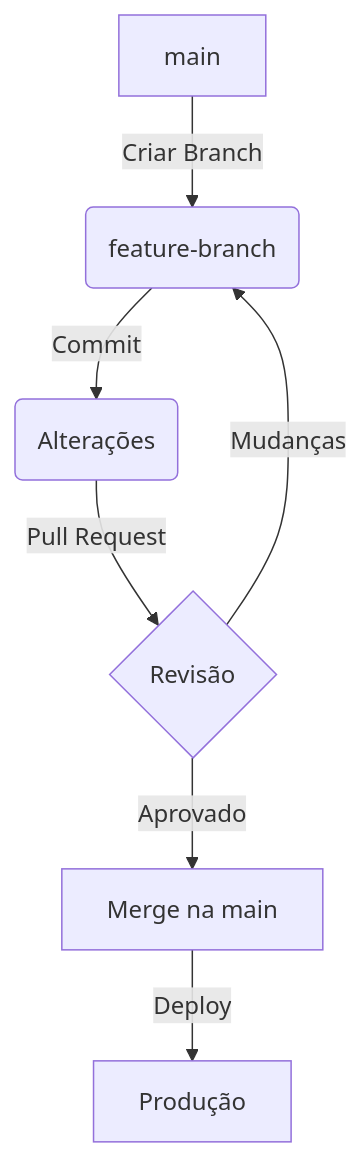
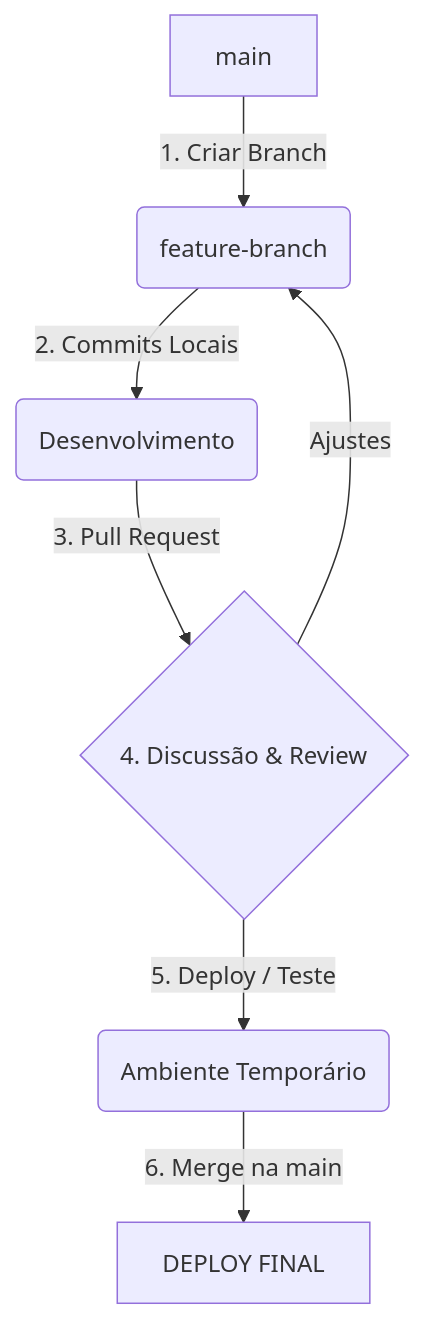
Before and after one commit to ricardotecpro/ads_mod_06_versionamento_com_git_e_github: the diagram in docs/aulas/aula-09.md, drawn with Mermaid. The commit also changed other lines of this file and 140 other files, not shown here.

````diff
--- a/docs/aulas/aula-09.md
+++ b/docs/aulas/aula-09.md
@@ -44,9 +22,9 @@
 ```mermaid
 graph TD
-    A[main] -->|Criar Branch| B(feature-branch)
-    B -->|Commit| C(Alterações)
-    C -->|Pull Request| D{Revisão}
-    D -->|Aprovado| E[Merge na main]
-    D -->|Mudanças| B
-    E -->|Deploy| F[Produção]
+    A[main] -->|1. Criar Branch| B(feature-branch)
+    B -->|2. Commits Locais| C(Desenvolvimento)
+    C -->|3. Pull Request| D{4. Discussão & Review}
+    D -->|Ajustes| B
+    D -->|5. Deploy / Teste| E(Ambiente Temporário)
+    E -->|6. Merge na main| F[DEPLOY FINAL]
 ```
````
